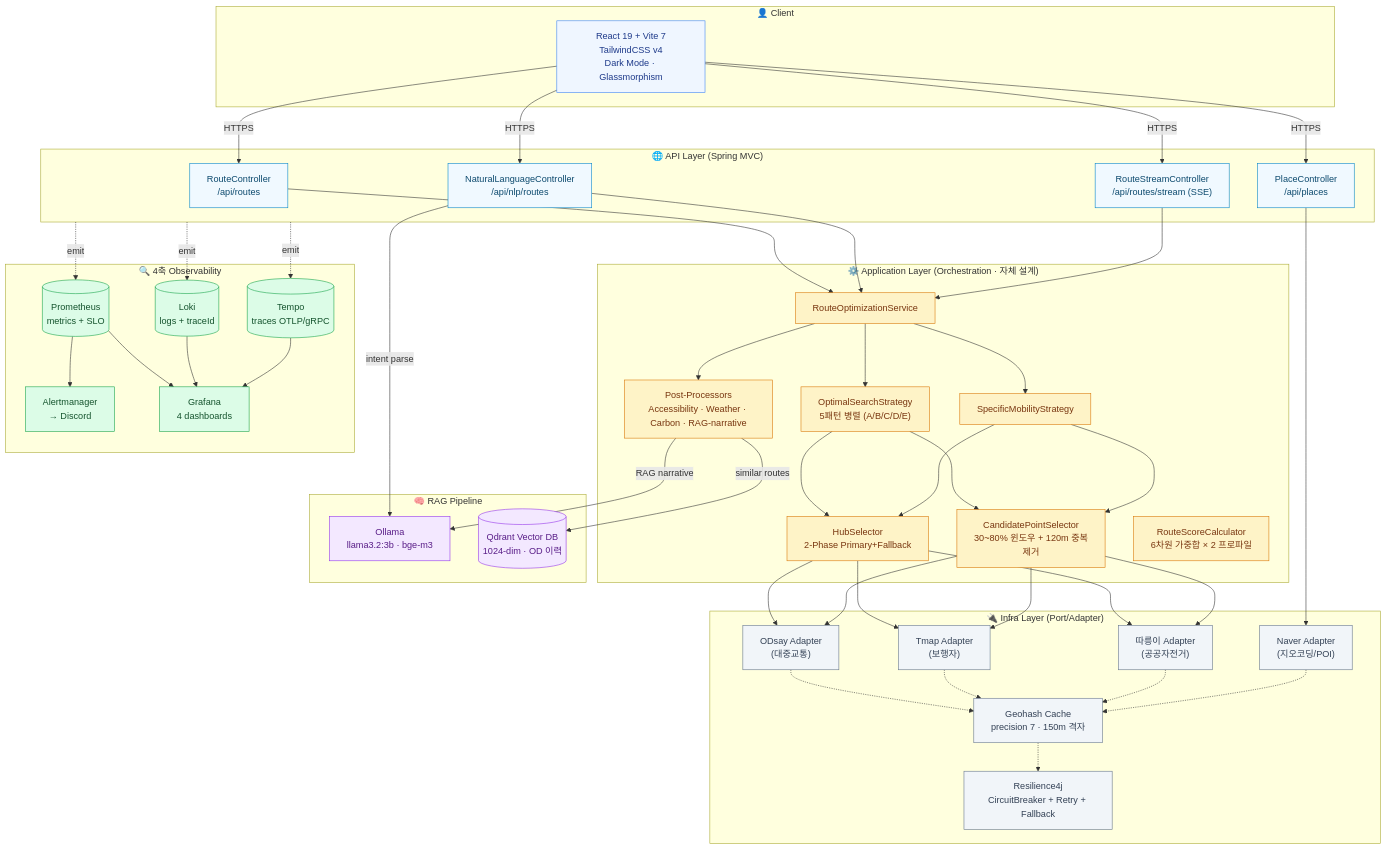
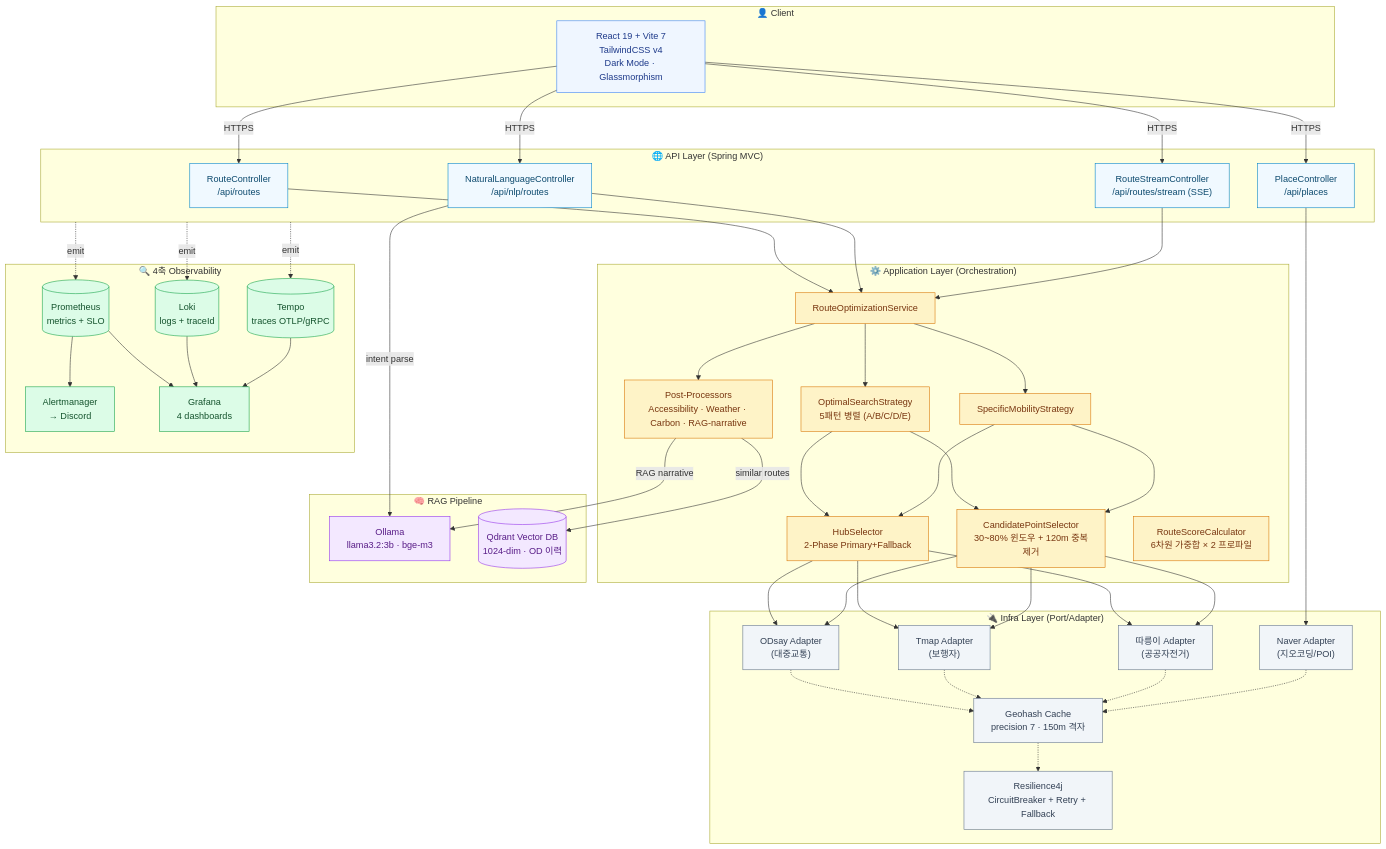
The first of 2 diagrams in README.md (OldTemple91/black-mamba), drawn with Mermaid before and after one commit. The commit also changed other lines of this file and 8 other files, not shown here.

````diff
--- a/README.md
+++ b/README.md
@@ -37,77 +37,77 @@
 ```mermaid
 flowchart TB
     subgraph Client["👤 Client"]
         UI["React 19 + Vite 7<br/>TailwindCSS v4<br/>Dark Mode · Glassmorphism"]
     end
 
     subgraph API["🌐 API Layer (Spring MVC)"]
         RC["RouteController<br/>/api/routes"]
         NC["NaturalLanguageController<br/>/api/nlp/routes"]
         SC["RouteStreamController<br/>/api/routes/stream (SSE)"]
         PC["PlaceController<br/>/api/places"]
     end
 
-    subgraph App["⚙️ Application Layer (Orchestration · 자체 설계)"]
+    subgraph App["⚙️ Application Layer (Orchestration)"]
         ROS["RouteOptimizationService"]
         OS["OptimalSearchStrategy<br/>5패턴 병렬 (A/B/C/D/E)"]
         SS["SpecificMobilityStrategy"]
         HS["HubSelector<br/>2-Phase Primary+Fallback"]
         CPS["CandidatePointSelector<br/>30~80% 윈도우 + 120m 중복제거"]
         RSC["RouteScoreCalculator<br/>6차원 가중합 × 2 프로파일"]
         APP_POST["Post-Processors<br/>Accessibility · Weather · Carbon · RAG-narrative"]
     end
 
     subgraph Infra["🔌 Infra Layer (Port/Adapter)"]
         ODS["ODsay Adapter<br/>(대중교통)"]
         TMAP["Tmap Adapter<br/>(보행자)"]
         DDR["따릉이 Adapter<br/>(공공자전거)"]
         NAV["Naver Adapter<br/>(지오코딩/POI)"]
         CACHE["Geohash Cache<br/>precision 7 · 150m 격자"]
         CB["Resilience4j<br/>CircuitBreaker + Retry + Fallback"]
     end
 
     subgraph AI["🧠 RAG Pipeline"]
         OLLAMA["Ollama<br/>llama3.2:3b · bge-m3"]
         QDRANT[("Qdrant Vector DB<br/>1024-dim · OD 이력")]
     end
 
     subgraph Obs["🔍 4축 Observability"]
         PROM[("Prometheus<br/>metrics + SLO")]
         LOKI[("Loki<br/>logs + traceId")]
         TEMPO[("Tempo<br/>traces OTLP/gRPC")]
         ALERT["Alertmanager<br/>→ Discord"]
         GRAF["Grafana<br/>4 dashboards"]
     end
 
     UI -->|HTTPS| RC & NC & SC & PC
     RC --> ROS
     NC -->|intent parse| OLLAMA
     NC --> ROS
     SC --> ROS
     PC --> NAV
 
     ROS --> OS & SS
     OS & SS --> HS & CPS
     HS & CPS --> ODS & TMAP & DDR
     ROS --> APP_POST
     APP_POST -->|RAG narrative| OLLAMA
     APP_POST -->|similar routes| QDRANT
     ODS & TMAP & DDR & NAV -.-> CACHE -.-> CB
 
     API -.emit.-> PROM & LOKI & TEMPO
     PROM --> ALERT
     PROM & LOKI & TEMPO --> GRAF
 
     classDef client fill:#eff6ff,stroke:#3b82f6,color:#1e3a8a
     classDef api fill:#f0f9ff,stroke:#0284c7,color:#0c4a6e
     classDef app fill:#fef3c7,stroke:#d97706,color:#78350f
     classDef infra fill:#f1f5f9,stroke:#64748b,color:#334155
     classDef ai fill:#f3e8ff,stroke:#9333ea,color:#581c87
     classDef obs fill:#dcfce7,stroke:#16a34a,color:#14532d
     class UI client
     class RC,NC,SC,PC api
     class ROS,OS,SS,HS,CPS,RSC,APP_POST app
     class ODS,TMAP,DDR,NAV,CACHE,CB infra
     class OLLAMA,QDRANT ai
     class PROM,LOKI,TEMPO,ALERT,GRAF obs
 ```
````
